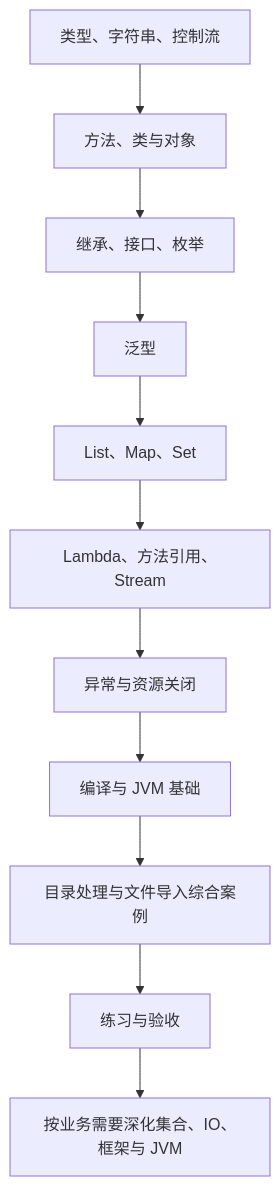
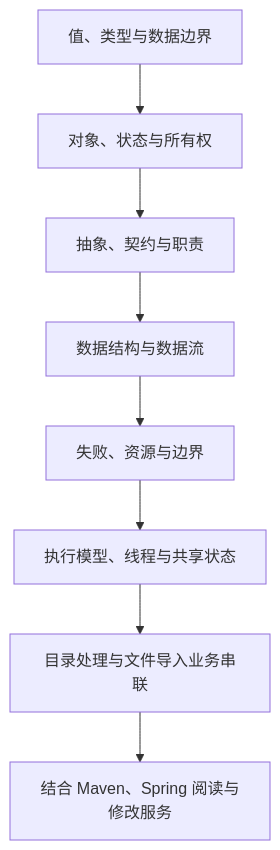
One commit to Mr-giraff/backend-roadmap changed the diagram in docs/01-Java语言与JVM基础/README/index.md. Above: the diagram before and after it, drawn with Mermaid. The commit also changed other lines of this file and 40 other files, not shown here.

````diff
--- a/docs/01-Java语言与JVM基础/README/index.md
+++ b/docs/01-Java语言与JVM基础/README/index.md
@@ -35,13 +40,10 @@
 ```mermaid
 flowchart TD
-    A["类型、字符串、控制流"] --> B["方法、类与对象"]
-    B --> C["继承、接口、枚举"]
-    C --> D["泛型"]
-    D --> E["List、Map、Set"]
-    E --> F["Lambda、方法引用、Stream"]
-    F --> G["异常与资源关闭"]
-    G --> H["编译与 JVM 基础"]
-    H --> I["目录处理与文件导入综合案例"]
-    I --> J["练习与验收"]
-    J --> K["按业务需要深化集合、IO、框架与 JVM"]
+    A["值、类型与数据边界"] --> B["对象、状态与所有权"]
+    B --> C["抽象、契约与职责"]
+    C --> D["数据结构与数据流"]
+    D --> E["失败、资源与边界"]
+    E --> F["执行模型、线程与共享状态"]
+    F --> G["目录处理与文件导入业务串联"]
+    G --> H["结合 Maven、Spring 阅读与修改服务"]
 ```
````
